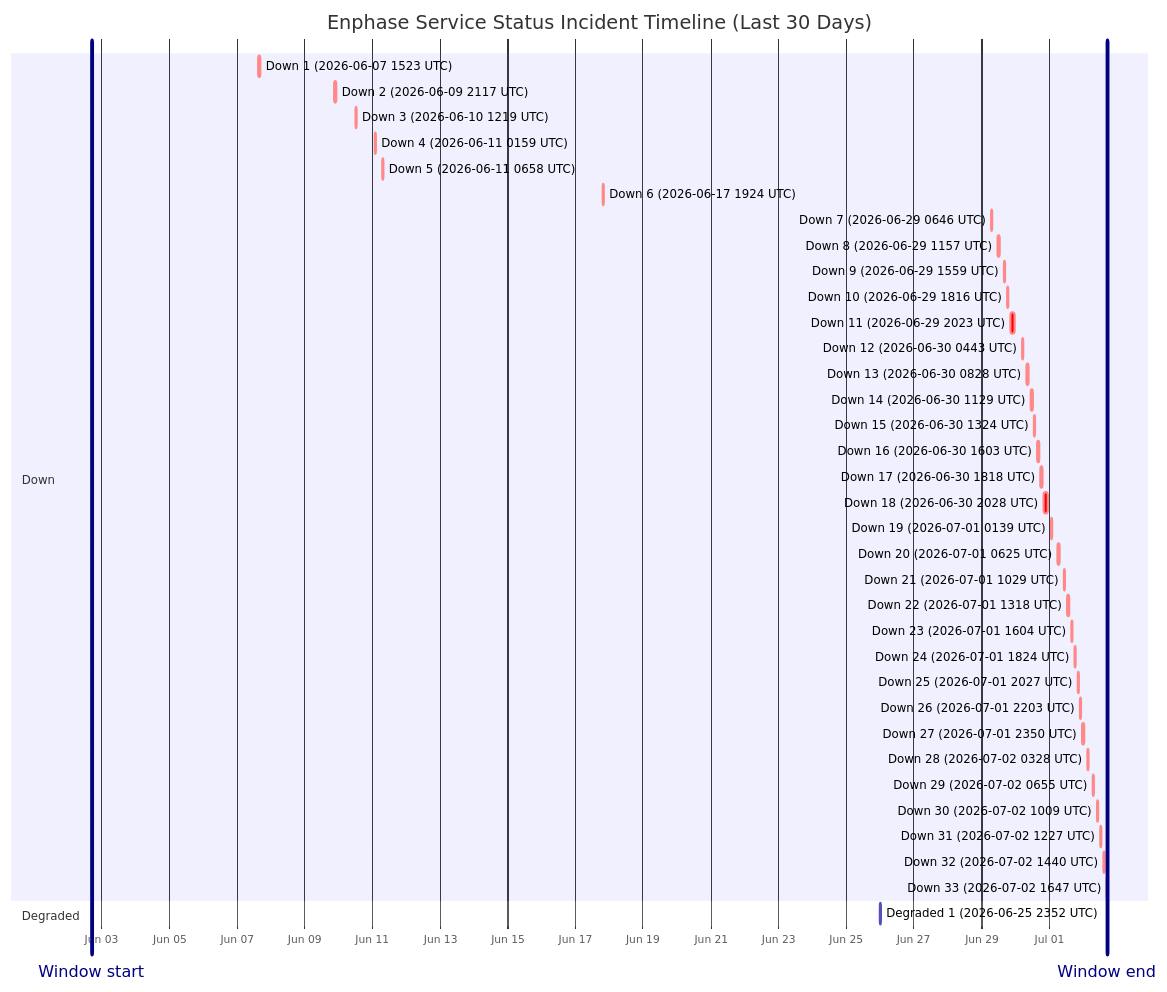
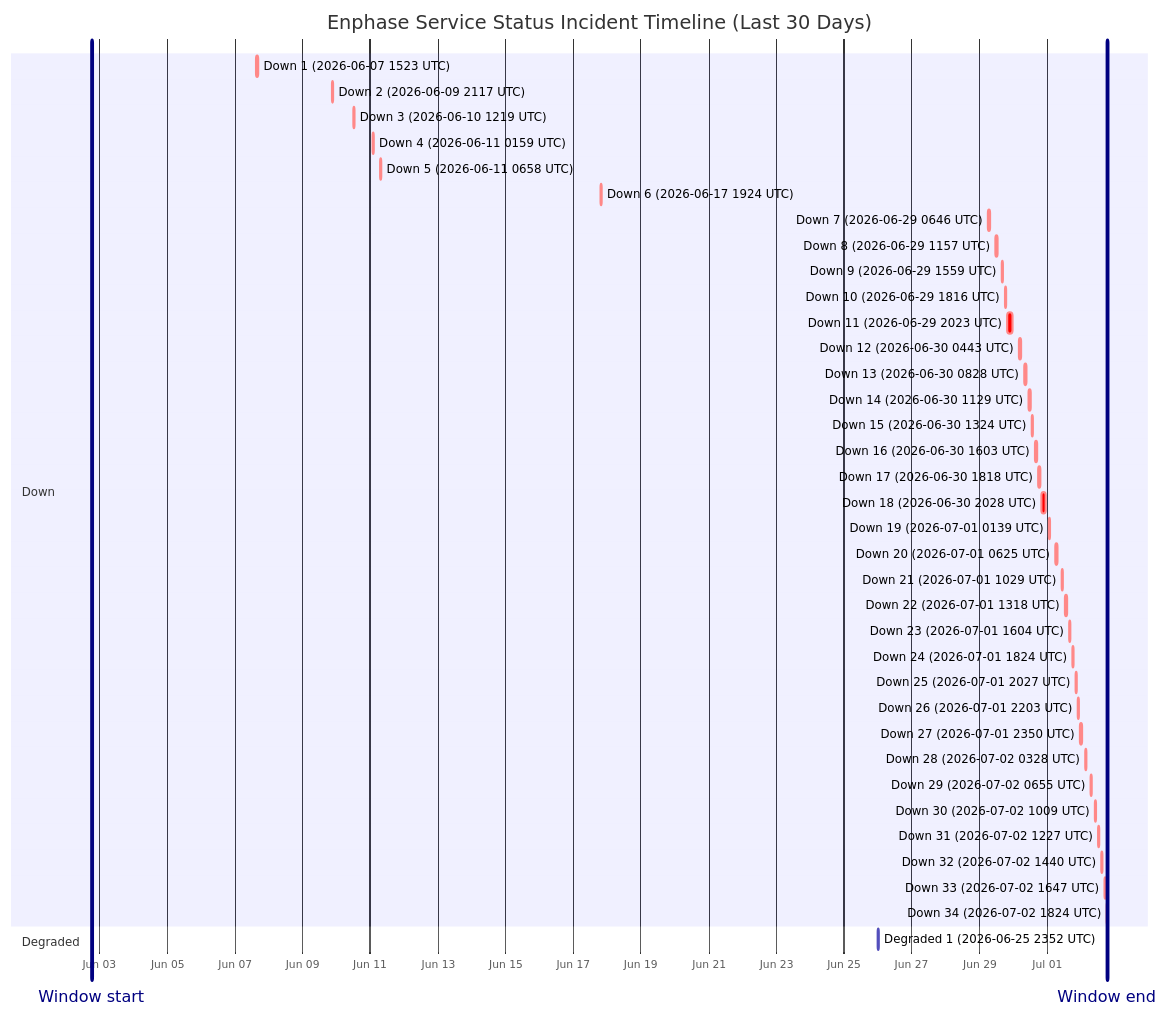
One commit to barneyonline/ha-enphase-energy changed the diagram in wiki/Service-Status-History.md. Above: the diagram before and after it, drawn with Mermaid. The commit also changed other lines of this file and 3 other files, not shown here.

````diff
--- a/wiki/Service-Status-History.md
+++ b/wiki/Service-Status-History.md
@@ -14,44 +14,45 @@
 ```mermaid
 gantt
     title Enphase Service Status Incident Timeline (Last 30 Days)
     dateFormat  YYYY-MM-DDTHH:mm:ss
     axisFormat  %b %d
-    Window start :vert, window-start, 2026-06-02T16:47:47, 0ms
-    Window end :vert, window-end, 2026-07-02T16:47:47, 0ms
+    Window start :vert, window-start, 2026-06-02T18:24:26, 0ms
+    Window end :vert, window-end, 2026-07-02T18:24:26, 0ms
     section Down
     Down 1 (2026-06-07 1523 UTC) :crit, down-1, 2026-06-07T15:23:22, 87m
     Down 2 (2026-06-09 2117 UTC) :crit, down-2, 2026-06-09T21:17:17, 60m
     Down 3 (2026-06-10 1219 UTC) :crit, down-3, 2026-06-10T12:19:21, 60m
     Down 4 (2026-06-11 0159 UTC) :crit, down-4, 2026-06-11T01:59:36, 60m
     Down 5 (2026-06-11 0658 UTC) :crit, down-5, 2026-06-11T06:58:45, 60m
     Down 6 (2026-06-17 1924 UTC) :crit, down-6, 2026-06-17T19:24:51, 60m
     Down 7 (2026-06-29 0646 UTC) :crit, down-7, 2026-06-29T06:46:18, 60m
     Down 8 (2026-06-29 1157 UTC) :crit, down-8, 2026-06-29T11:57:36, 60m
     Down 9 (2026-06-29 1559 UTC) :crit, down-9, 2026-06-29T15:59:02, 60m
     Down 10 (2026-06-29 1816 UTC) :crit, down-10, 2026-06-29T18:16:38, 60m
     Down 11 (2026-06-29 2023 UTC) :crit, down-11, 2026-06-29T20:23:16, 220m
     Down 12 (2026-06-30 0443 UTC) :crit, down-12, 2026-06-30T04:43:54, 60m
     Down 13 (2026-06-30 0828 UTC) :crit, down-13, 2026-06-30T08:28:43, 60m
     Down 14 (2026-06-30 1129 UTC) :crit, down-14, 2026-06-30T11:29:15, 60m
     Down 15 (2026-06-30 1324 UTC) :crit, down-15, 2026-06-30T13:24:25, 60m
     Down 16 (2026-06-30 1603 UTC) :crit, down-16, 2026-06-30T16:03:26, 60m
     Down 17 (2026-06-30 1818 UTC) :crit, down-17, 2026-06-30T18:18:39, 60m
     Down 18 (2026-06-30 2028 UTC) :crit, down-18, 2026-06-30T20:28:54, 171m
     Down 19 (2026-07-01 0139 UTC) :crit, down-19, 2026-07-01T01:39:18, 60m
     Down 20 (2026-07-01 0625 UTC) :crit, down-20, 2026-07-01T06:25:35, 60m
     Down 21 (2026-07-01 1029 UTC) :crit, down-21, 2026-07-01T10:29:24, 60m
     Down 22 (2026-07-01 1318 UTC) :crit, down-22, 2026-07-01T13:18:31, 60m
     Down 23 (2026-07-01 1604 UTC) :crit, down-23, 2026-07-01T16:04:29, 60m
     Down 24 (2026-07-01 1824 UTC) :crit, down-24, 2026-07-01T18:24:21, 60m
     Down 25 (2026-07-01 2027 UTC) :crit, down-25, 2026-07-01T20:27:17, 60m
     Down 26 (2026-07-01 2203 UTC) :crit, down-26, 2026-07-01T22:03:46, 60m
     Down 27 (2026-07-01 2350 UTC) :crit, down-27, 2026-07-01T23:50:52, 60m
     Down 28 (2026-07-02 0328 UTC) :crit, down-28, 2026-07-02T03:28:33, 60m
     Down 29 (2026-07-02 0655 UTC) :crit, down-29, 2026-07-02T06:55:07, 60m
     Down 30 (2026-07-02 1009 UTC) :crit, down-30, 2026-07-02T10:09:15, 60m
     Down 31 (2026-07-02 1227 UTC) :crit, down-31, 2026-07-02T12:27:49, 60m
     Down 32 (2026-07-02 1440 UTC) :crit, down-32, 2026-07-02T14:40:53, 60m
     Down 33 (2026-07-02 1647 UTC) :crit, down-33, 2026-07-02T16:47:47, 60m
+    Down 34 (2026-07-02 1824 UTC) :crit, down-34, 2026-07-02T18:24:26, 60m
     section Degraded
     Degraded 1 (2026-06-25 2352 UTC) :active, degraded-1, 2026-06-25T23:52:01, 60m
 ```
````
